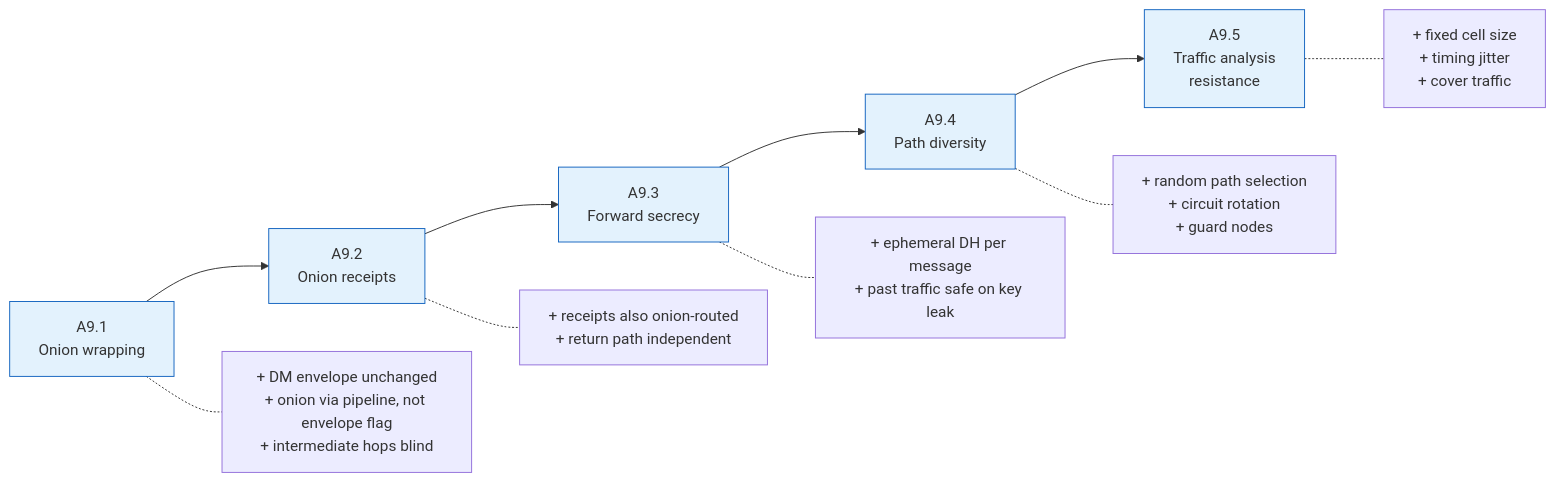
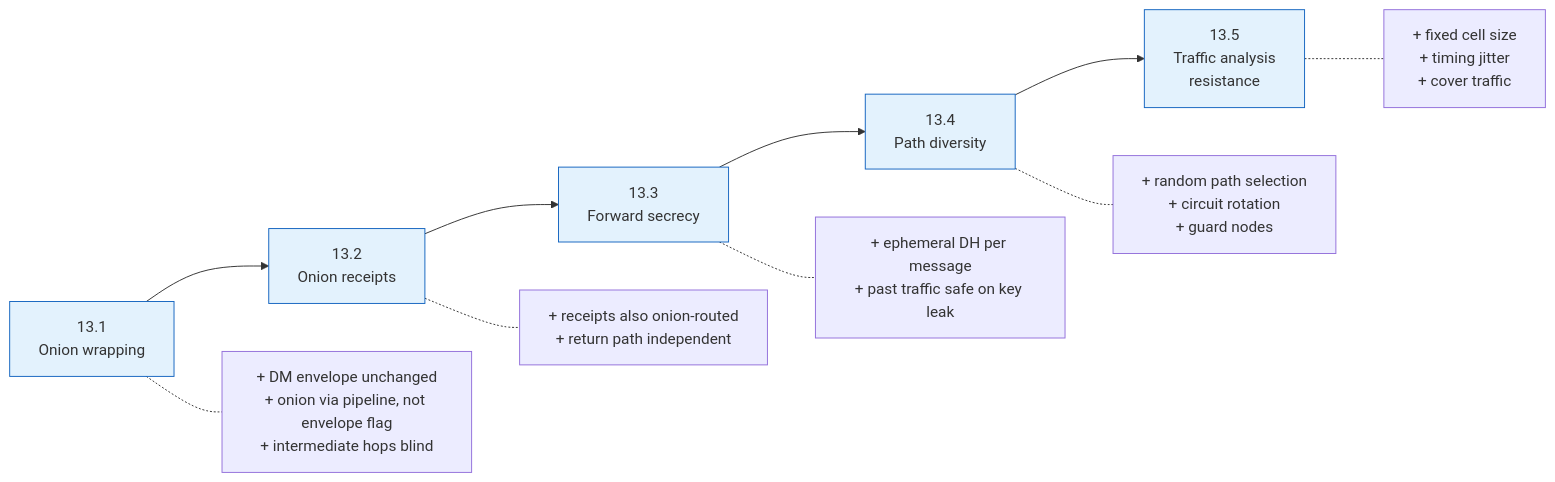
Diagram 11 of 15 in docs/roadmap.md (piratecash/corsa), drawn with Mermaid before and after one commit. The commit also changed other lines of this file and 18 other files, not shown here.

````diff
--- a/docs/roadmap.md
+++ b/docs/roadmap.md
@@ -2311,22 +1999,22 @@
 ```mermaid
 graph LR
-    O1["A9.1<br/>Onion wrapping"]
-    O2["A9.2<br/>Onion receipts"]
-    O3["A9.3<br/>Forward secrecy"]
-    O4["A9.4<br/>Path diversity"]
-    O5["A9.5<br/>Traffic analysis<br/>resistance"]
+    O1["13.1<br/>Onion wrapping"]
+    O2["13.2<br/>Onion receipts"]
+    O3["13.3<br/>Forward secrecy"]
+    O4["13.4<br/>Path diversity"]
+    O5["13.5<br/>Traffic analysis<br/>resistance"]
 
     O1 --> O2 --> O3 --> O4 --> O5
 
     O1 -.- W1["+ DM envelope unchanged<br/>+ onion via pipeline, not envelope flag<br/>+ intermediate hops blind"]
     O2 -.- W2["+ receipts also onion-routed<br/>+ return path independent"]
     O3 -.- W3["+ ephemeral DH per message<br/>+ past traffic safe on key leak"]
     O4 -.- W4["+ random path selection<br/>+ circuit rotation<br/>+ guard nodes"]
     O5 -.- W5["+ fixed cell size<br/>+ timing jitter<br/>+ cover traffic"]
 
     style O1 fill:#e3f2fd,stroke:#1565c0
     style O2 fill:#e3f2fd,stroke:#1565c0
     style O3 fill:#e3f2fd,stroke:#1565c0
     style O4 fill:#e3f2fd,stroke:#1565c0
     style O5 fill:#e3f2fd,stroke:#1565c0
 ```
````
